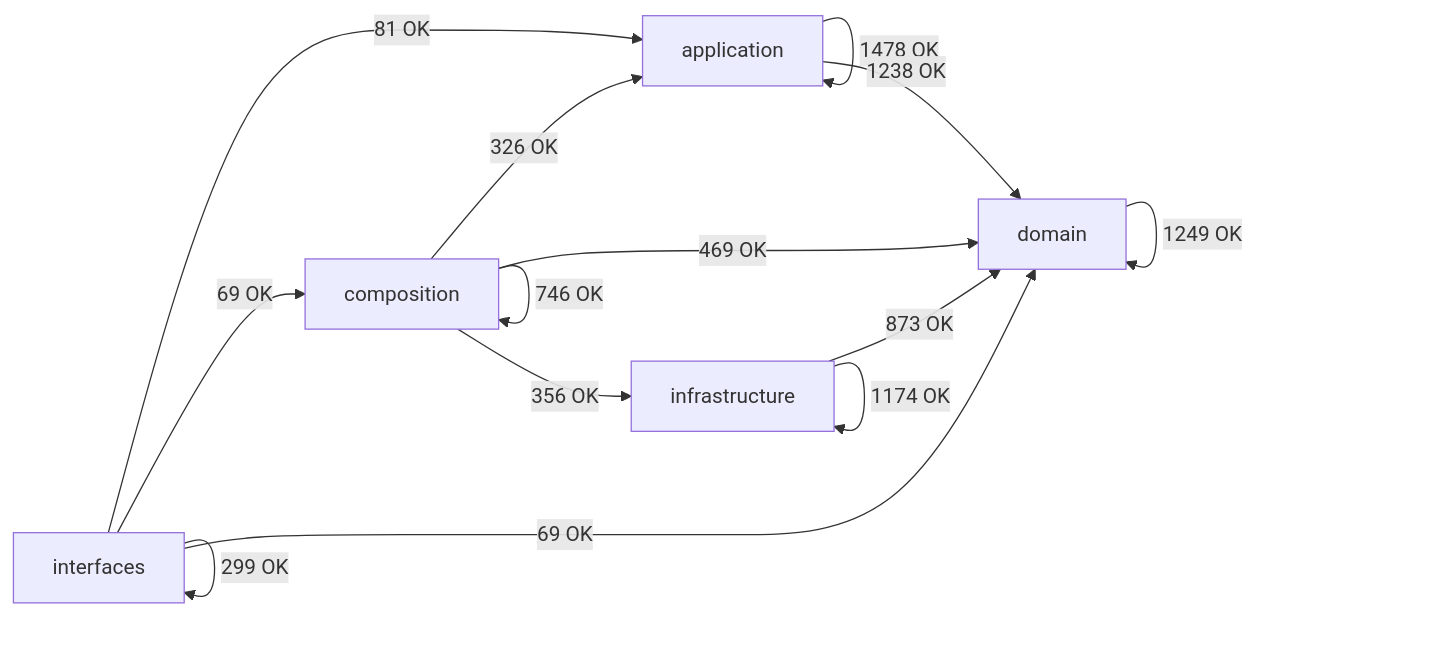
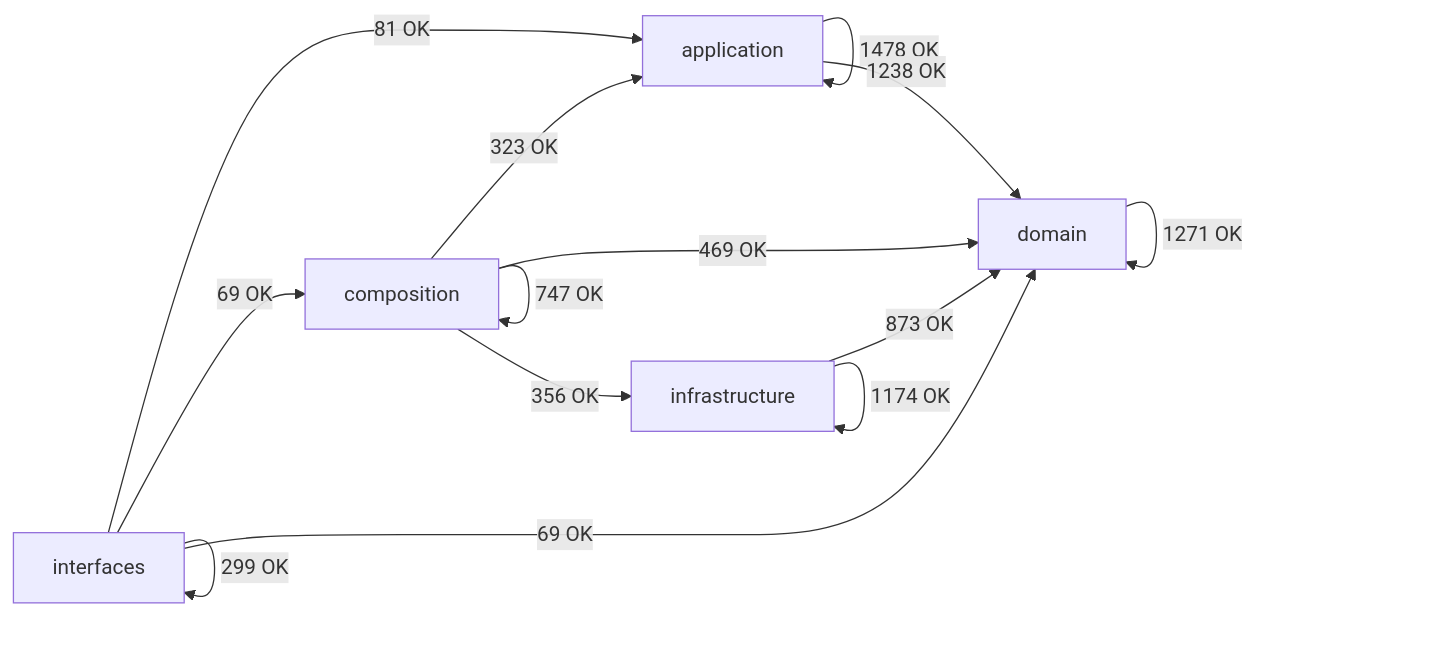
Before and after one commit to SatoryKono/BioactivityDataAcquisition: the diagram in docs/02-architecture/generated/module-dependency-map.md, drawn with Mermaid. The commit also changed other lines of this file and 80 other files, not shown here.

````diff
--- a/docs/02-architecture/generated/module-dependency-map.md
+++ b/docs/02-architecture/generated/module-dependency-map.md
@@ -17,21 +17,21 @@
 ```mermaid
 flowchart LR
     domain[domain]
     application[application]
     infrastructure[infrastructure]
     composition[composition]
     interfaces[interfaces]
     application -->|1478 OK| application
     application -->|1238 OK| domain
-    composition -->|326 OK| application
-    composition -->|746 OK| composition
+    composition -->|323 OK| application
+    composition -->|747 OK| composition
     composition -->|469 OK| domain
     composition -->|356 OK| infrastructure
-    domain -->|1249 OK| domain
+    domain -->|1271 OK| domain
     infrastructure -->|873 OK| domain
     infrastructure -->|1174 OK| infrastructure
     interfaces -->|81 OK| application
     interfaces -->|69 OK| composition
     interfaces -->|69 OK| domain
     interfaces -->|299 OK| interfaces
 ```
````
